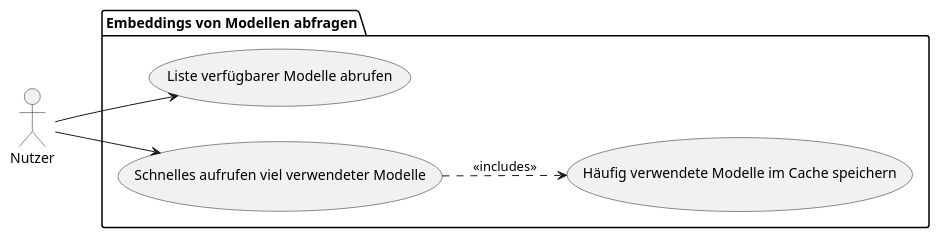
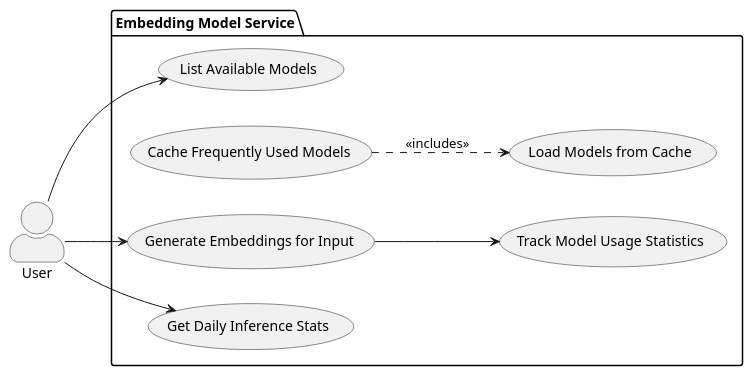
The diagram in docs/diagrams/src/use-cases-embeddings.plantuml (Yukasama/vectorize), drawn with PlantUML before and after one commit. The commit also changed 13 other files, not shown here.

```diff
--- a/docs/diagrams/src/use-cases-embeddings.plantuml
+++ b/docs/diagrams/src/use-cases-embeddings.plantuml
@@ -1,14 +1,22 @@
 @startuml use-cases-embeddings
 left to right direction
-actor Nutzer
+skinparam actorStyle awesome
+actor User
 
-package "Embeddings von Modellen abfragen" {
-    usecase "Liste verfügbarer Modelle abrufen" as ListeModelleAbrufen
-    usecase "Schnelles aufrufen viel verwendeter Modelle" as CachingModelle
-    usecase "Häufig verwendete Modelle im Cache speichern" as ModellAusCacheLaden
+package "Embedding Model Service" {
+    usecase ListAvailableModels as "List Available Models"
+    usecase CachePopularModels as "Cache Frequently Used Models"
+    usecase LoadModelsFromCache as "Load Models from Cache"
+    usecase GenerateEmbeddings as "Generate Embeddings for Input"
+    usecase TrackInferenceCount as "Track Model Usage Statistics"
+    usecase GetModelStats as "Get Daily Inference Stats"
 }
 
-Nutzer --> ListeModelleAbrufen
-Nutzer --> CachingModelle
-CachingModelle ..> ModellAusCacheLaden : <<includes>>
+User --> ListAvailableModels
+User --> GenerateEmbeddings
+User --> GetModelStats
+
+CachePopularModels ..> LoadModelsFromCache : <<includes>>
+GenerateEmbeddings --> TrackInferenceCount
+
 @enduml
```
